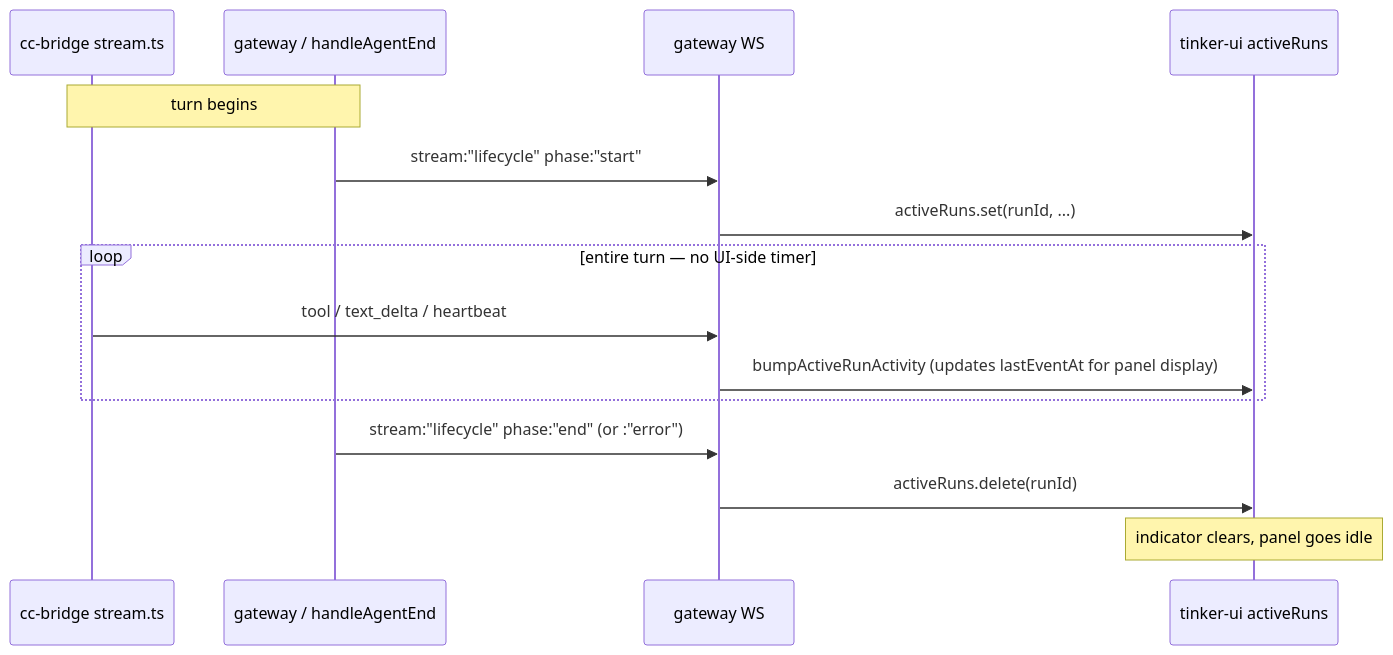
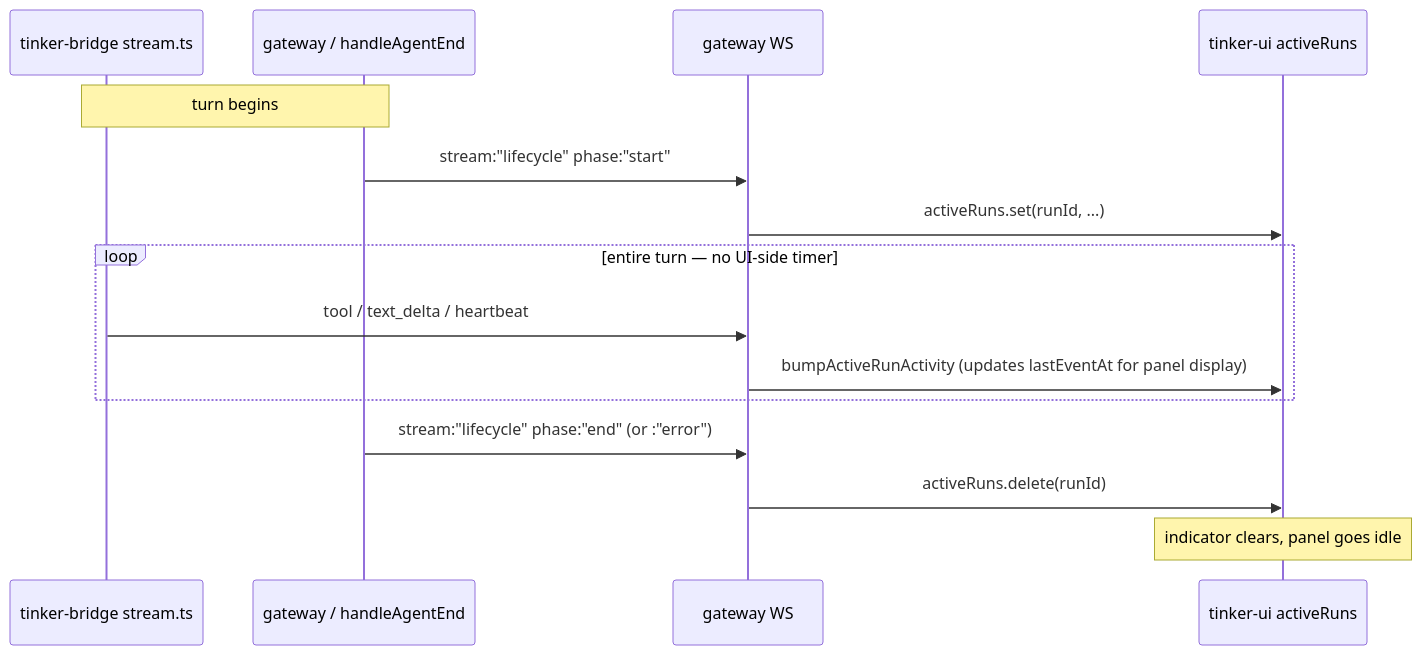
The third of 3 diagrams in TINKER_UI_DESIGN_BIBLE/tool-loop.md (globalcaos/tinkerclaw), drawn with Mermaid before and after one commit. The commit also changed other lines of this file and 197 other files, not shown here.

````diff
--- a/TINKER_UI_DESIGN_BIBLE/tool-loop.md
+++ b/TINKER_UI_DESIGN_BIBLE/tool-loop.md
@@ -146,18 +152,18 @@
 ```mermaid
 sequenceDiagram
-  participant CCB as cc-bridge stream.ts
+  participant CCB as tinker-bridge stream.ts
   participant SRV as gateway / handleAgentEnd
   participant WS as gateway WS
   participant UI as tinker-ui activeRuns
 
   Note over CCB,SRV: turn begins
   SRV->>WS: stream:"lifecycle" phase:"start"
   WS->>UI: activeRuns.set(runId, ...)
   loop entire turn — no UI-side timer
     CCB->>WS: tool / text_delta / heartbeat
     WS->>UI: bumpActiveRunActivity (updates lastEventAt for panel display)
   end
   SRV->>WS: stream:"lifecycle" phase:"end" (or :"error")
   WS->>UI: activeRuns.delete(runId)
   Note over UI: indicator clears, panel goes idle
 ```
````
